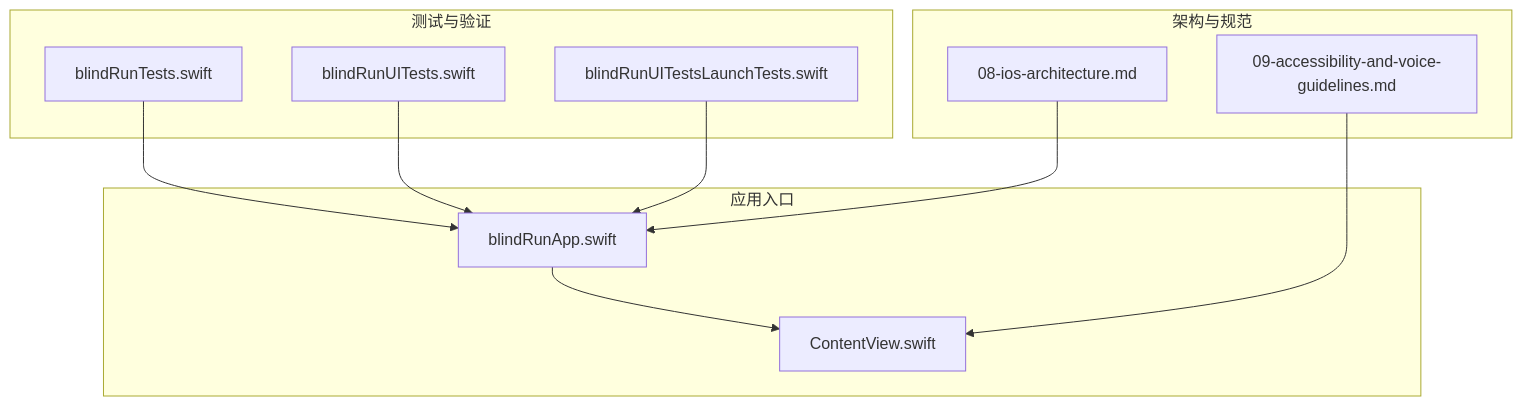
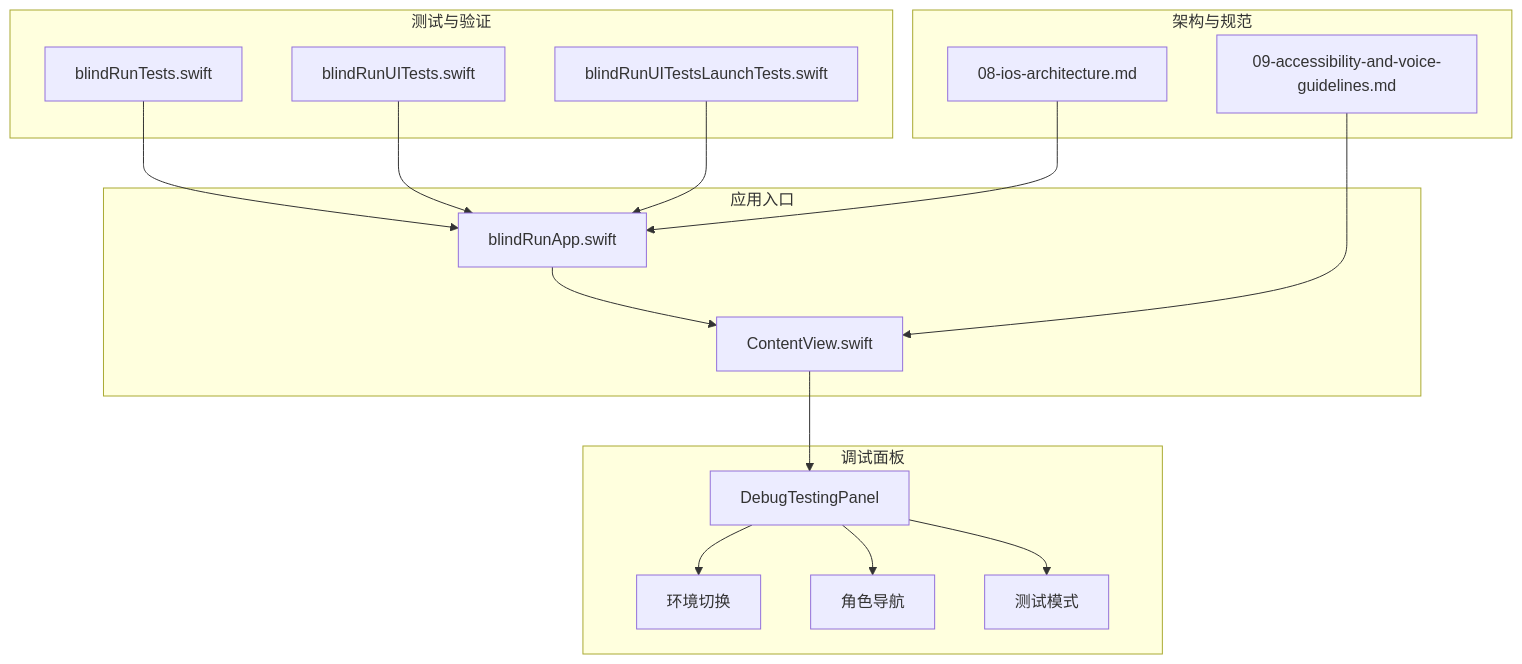
One commit to Jayden23018/blind-run-ios changed the first of 8 diagrams in .qoder/repowiki/zh/content/开发指南/调试与性能优化.md. Above: the diagram before and after it, drawn with Mermaid. The commit also changed other lines of this file and 24 other files, not shown here.

````diff
--- a/.qoder/repowiki/zh/content/开发指南/调试与性能优化.md
+++ b/.qoder/repowiki/zh/content/开发指南/调试与性能优化.md
@@ -40,22 +54,32 @@
 ```mermaid
 graph TB
 subgraph "应用入口"
 App["blindRunApp.swift"]
 View["ContentView.swift"]
+end
+subgraph "调试面板"
+DebugPanel["DebugTestingPanel"]
+EnvSwitch["环境切换"]
+RoleNav["角色导航"]
+TestMode["测试模式"]
 end
 subgraph "测试与验证"
 UnitTest["blindRunTests.swift"]
 UITest["blindRunUITests.swift"]
 UILaunchTest["blindRunUITestsLaunchTests.swift"]
 end
 subgraph "架构与规范"
 ArchDoc["08-ios-architecture.md"]
 VoiceDoc["09-accessibility-and-voice-guidelines.md"]
 end
 App --> View
+View --> DebugPanel
+DebugPanel --> EnvSwitch
+DebugPanel --> RoleNav
+DebugPanel --> TestMode
 UnitTest --> App
 UITest --> App
 UILaunchTest --> App
 ArchDoc --> App
 VoiceDoc --> View
 ```
````
